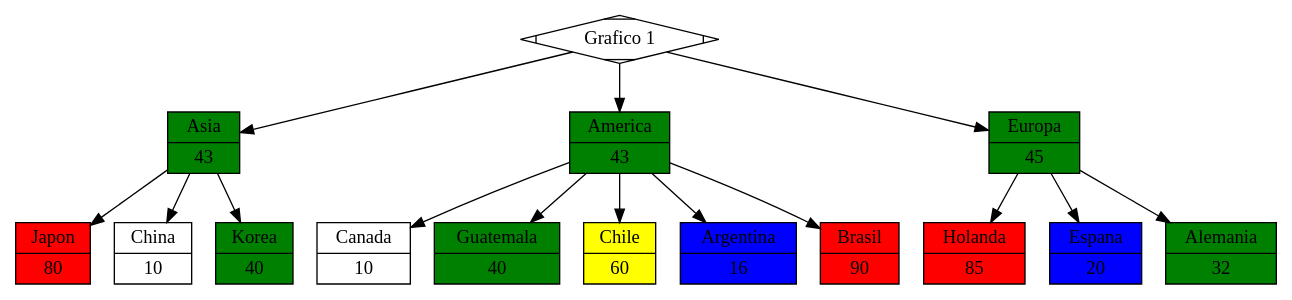
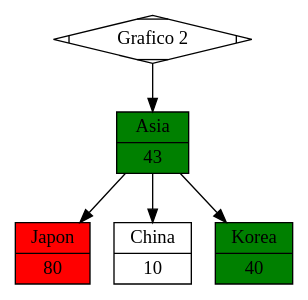
One commit to OmarLetona14/-LFP-Project1 changed the diagram in bin/Debug/Grafico.dot. Above: the diagram before and after it, drawn with Graphviz. The commit also changed 12 other files, not shown here.

```diff
--- a/bin/Debug/Grafico.dot
+++ b/bin/Debug/Grafico.dot
@@ -1,31 +1,11 @@
 digraph G {
-start[shape=Mdiamond label="Grafico 1"];
+start[shape=Mdiamond label="Grafico 2"];
 start->Asia;
 Asia[shape=record label="{Asia|43}" style=filled fillcolor=green];
 Asia->Japon;
 Japon[shape=record label="{Japon|80}" style=filled fillcolor=red];
 Asia->China;
 China[shape=record label="{China|10}" style=filled fillcolor=white];
 Asia->Korea;
 Korea[shape=record label="{Korea|40}" style=filled fillcolor=green];
-start->America;
-America[shape=record label="{America|43}" style=filled fillcolor=green];
-America->Canada;
-Canada[shape=record label="{Canada|10}" style=filled fillcolor=white];
-America->Guatemala;
-Guatemala[shape=record label="{Guatemala|40}" style=filled fillcolor=green];
-America->Chile;
-Chile[shape=record label="{Chile|60}" style=filled fillcolor=yellow];
-America->Argentina;
-Argentina[shape=record label="{Argentina|16}" style=filled fillcolor=blue];
-America->Brasil;
-Brasil[shape=record label="{Brasil|90}" style=filled fillcolor=red];
-start->Europa;
-Europa[shape=record label="{Europa|45}" style=filled fillcolor=green];
-Europa->Holanda;
-Holanda[shape=record label="{Holanda|85}" style=filled fillcolor=red];
-Europa->Espana;
-Espana[shape=record label="{Espana|20}" style=filled fillcolor=blue];
-Europa->Alemania;
-Alemania[shape=record label="{Alemania|32}" style=filled fillcolor=green];
 }
```
